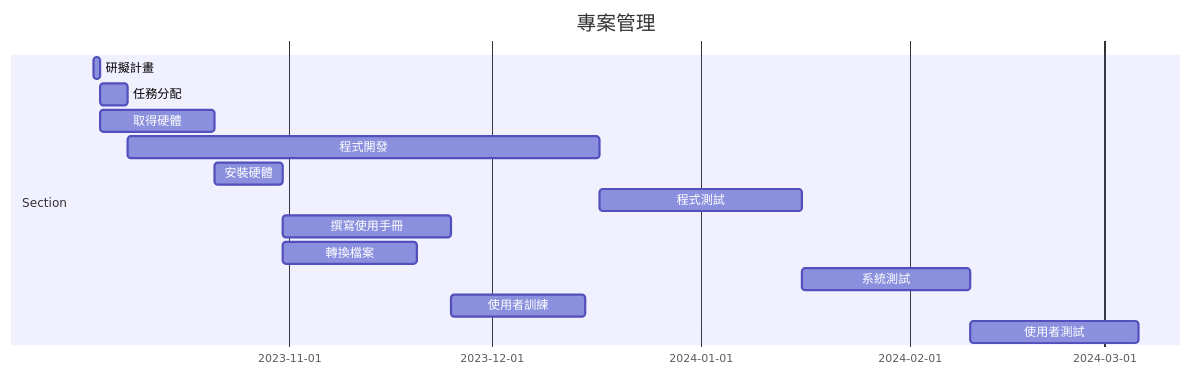
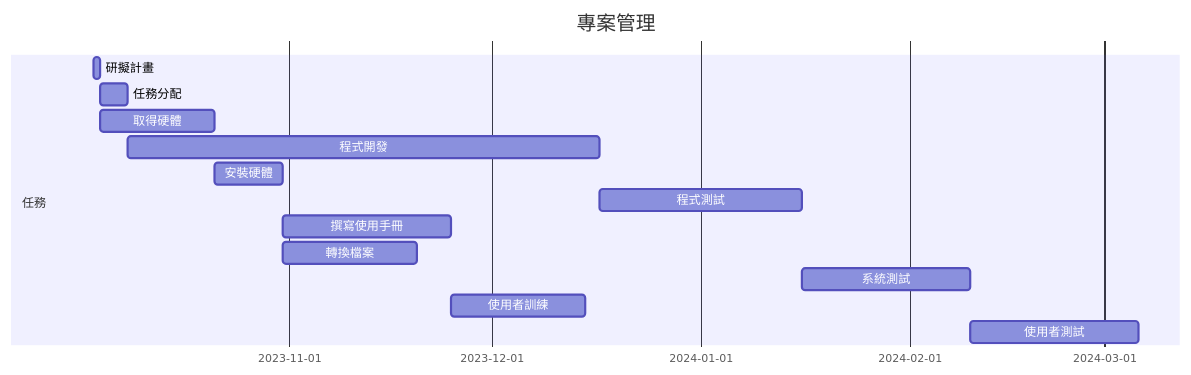
One commit to c110118222/C110118222 changed the diagram in hw2.md. Above: the diagram before and after it, drawn with Mermaid.

````diff
--- a/hw2.md
+++ b/hw2.md
@@ -5,17 +5,17 @@
 ```mermaid
 gantt
     title 專案管理
 
-    section Section
+    section 任務
     研擬計畫     : a1 , 2023-10-03 , 1d
     任務分配     : a2 , after a1 , 4d
     取得硬體     : a3 , after a1 , 17d
     程式開發     : a4 , after a2 , 70d
     安裝硬體     : a5 , after a3 , 10d
     程式測試     : a6 , after a4 , 30d
     撰寫使用手冊  : a7 , after a5 , 25d
     轉換檔案     : a8 , after a5 , 20d
     系統測試     : a9 , after a6 , 25d
     使用者訓練   : a10 , after a7 a8 ,20d
     使用者測試   : a11 , after a9 a10 ,25d
 ```
````
